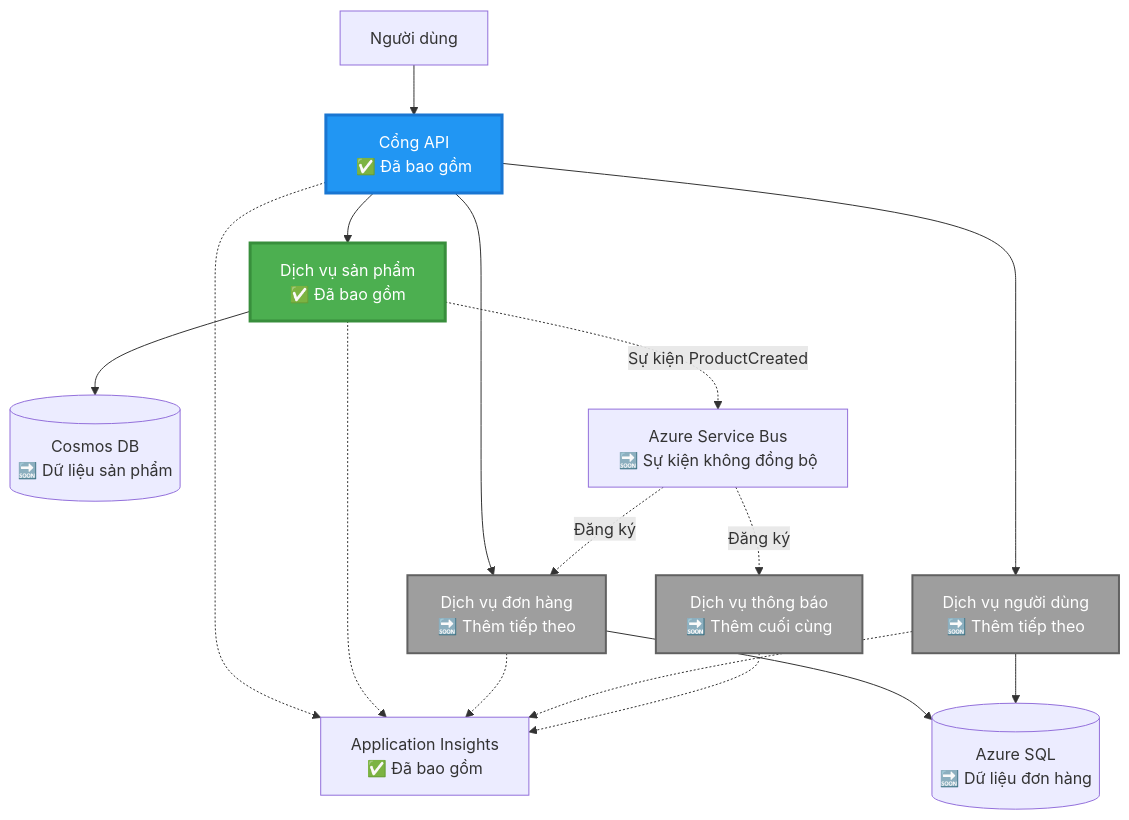
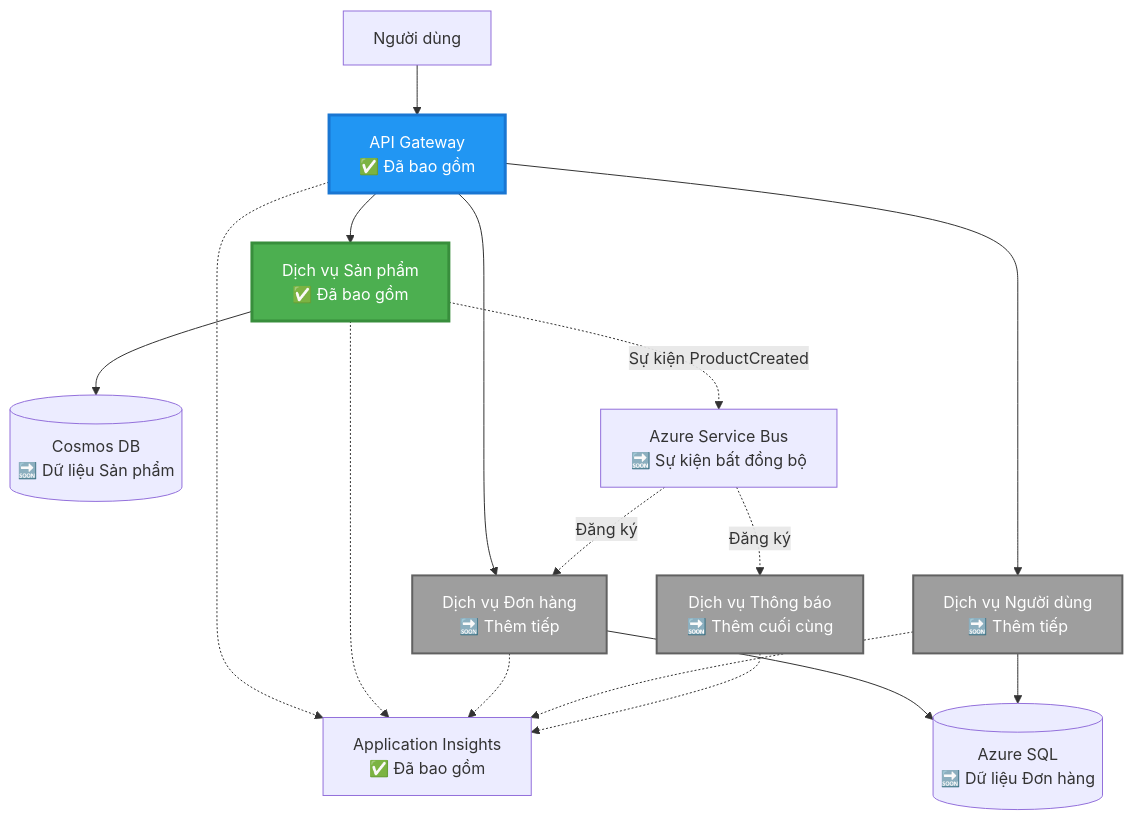
Before and after one commit to microsoft/AZD-for-beginners: the second of 4 diagrams in translations/vi/examples/microservices/README.md, drawn with Mermaid. The commit also changed other lines of this file and 242 other files, not shown here.

````diff
--- a/translations/vi/examples/microservices/README.md
+++ b/translations/vi/examples/microservices/README.md
@@ -78,39 +69,39 @@
 ```mermaid
 graph TB
     User[Người dùng]
-    Gateway[Cổng API<br/>✅ Đã bao gồm]
-    Product[Dịch vụ sản phẩm<br/>✅ Đã bao gồm]
-    Order[Dịch vụ đơn hàng<br/>🔜 Thêm tiếp theo]
-    UserSvc[Dịch vụ người dùng<br/>🔜 Thêm tiếp theo]
-    Notify[Dịch vụ thông báo<br/>🔜 Thêm cuối cùng]
+    Gateway[API Gateway<br/>✅ Đã bao gồm]
+    Product[Dịch vụ Sản phẩm<br/>✅ Đã bao gồm]
+    Order[Dịch vụ Đơn hàng<br/>🔜 Thêm tiếp]
+    UserSvc[Dịch vụ Người dùng<br/>🔜 Thêm tiếp]
+    Notify[Dịch vụ Thông báo<br/>🔜 Thêm cuối cùng]
     
-    CosmosDB[(Cosmos DB<br/>🔜 Dữ liệu sản phẩm)]
-    AzureSQL[(Azure SQL<br/>🔜 Dữ liệu đơn hàng)]
-    ServiceBus[Azure Service Bus<br/>🔜 Sự kiện không đồng bộ]
+    CosmosDB[(Cosmos DB<br/>🔜 Dữ liệu Sản phẩm)]
+    AzureSQL[(Azure SQL<br/>🔜 Dữ liệu Đơn hàng)]
+    ServiceBus[Azure Service Bus<br/>🔜 Sự kiện bất đồng bộ]
     AppInsights[Application Insights<br/>✅ Đã bao gồm]
     
     User --> Gateway
     Gateway --> Product
     Gateway --> Order
     Gateway --> UserSvc
     
     Product --> CosmosDB
     Order --> AzureSQL
     UserSvc --> AzureSQL
     
     Product -.->|Sự kiện ProductCreated| ServiceBus
     ServiceBus -.->|Đăng ký| Notify
     ServiceBus -.->|Đăng ký| Order
     
     Gateway -.-> AppInsights
     Product -.-> AppInsights
     Order -.-> AppInsights
     UserSvc -.-> AppInsights
     Notify -.-> AppInsights
     
     style Product fill:#4CAF50,stroke:#388E3C,stroke-width:3px,color:#fff
     style Gateway fill:#2196F3,stroke:#1976D2,stroke-width:3px,color:#fff
     style Order fill:#9E9E9E,stroke:#616161,stroke-width:2px,color:#fff
     style UserSvc fill:#9E9E9E,stroke:#616161,stroke-width:2px,color:#fff
     style Notify fill:#9E9E9E,stroke:#616161,stroke-width:2px,color:#fff
 ```
````
